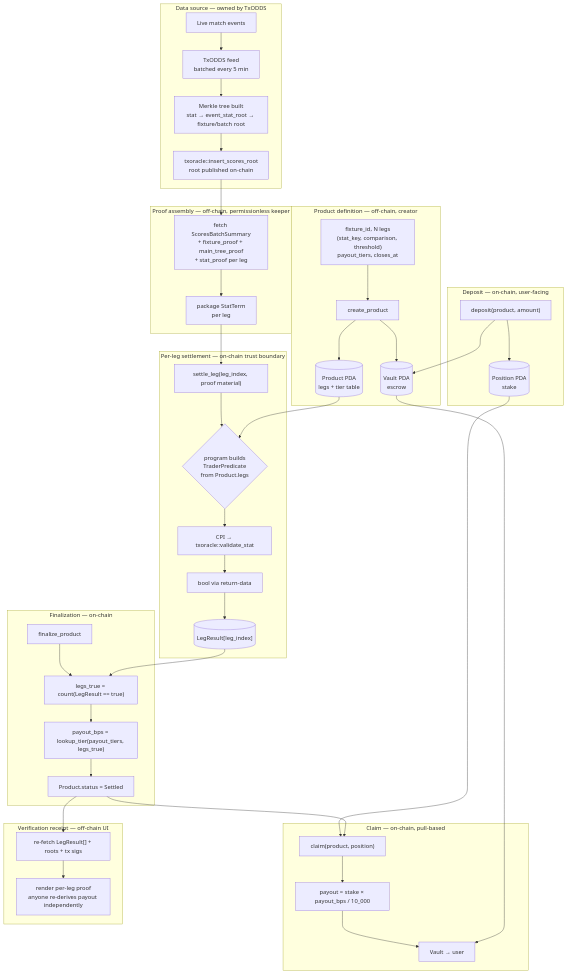
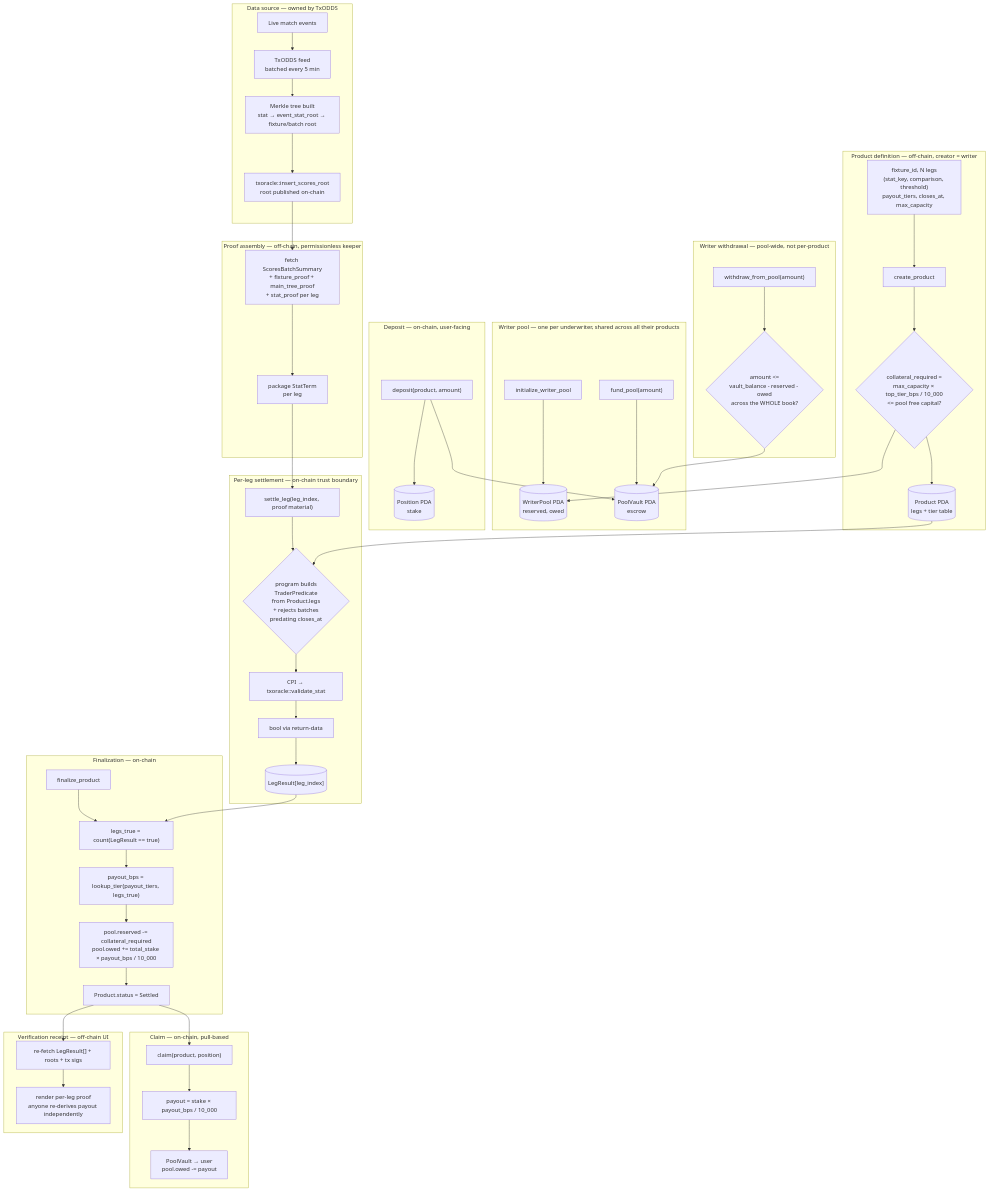
The diagram in design/diagrams/settlement_architecture.md (nagavaishak/Strata), drawn with Mermaid before and after one commit. The commit also changed other lines of this file, not shown here.

First line of the commit message:
docs: update architecture diagram for the shared writer pool model

````diff
--- a/design/diagrams/settlement_architecture.md
+++ b/design/diagrams/settlement_architecture.md
@@ -5,54 +5,64 @@
 ```mermaid
 flowchart TB
     subgraph SRC["Data source — owned by TxODDS"]
         A1["Live match events"] --> A2["TxODDS feed\nbatched every 5 min"]
         A2 --> A3["Merkle tree built\nstat → event_stat_root → fixture/batch root"]
         A3 --> A4["txoracle::insert_scores_root\nroot published on-chain"]
     end
 
-    subgraph DEF["Product definition — off-chain, creator"]
-        B1["fixture_id, N legs\n(stat_key, comparison, threshold)\npayout_tiers, closes_at"] --> B2["create_product"]
-        B2 --> B3[("Product PDA\nlegs + tier table")]
-        B2 --> B4[("Vault PDA\nescrow")]
+    subgraph POOL["Writer pool — one per underwriter, shared across all their products"]
+        P1["initialize_writer_pool"] --> P2[("WriterPool PDA\nreserved, owed")]
+        P3["fund_pool(amount)"] --> P4[("PoolVault PDA\nescrow")]
+    end
+
+    subgraph DEF["Product definition — off-chain, creator = writer"]
+        B1["fixture_id, N legs\n(stat_key, comparison, threshold)\npayout_tiers, closes_at, max_capacity"] --> B2["create_product"]
+        B2 --> B3{"collateral_required =\nmax_capacity × top_tier_bps / 10_000\n<= pool free capital?"}
+        B3 --> B4[("Product PDA\nlegs + tier table")]
+        B3 --> P2
     end
 
     subgraph INTAKE["Deposit — on-chain, user-facing"]
         C1["deposit(product, amount)"] --> C2[("Position PDA\nstake")]
-        C1 --> B4
+        C1 --> P4
     end
 
     subgraph PROOF["Proof assembly — off-chain, permissionless keeper"]
         D1["fetch ScoresBatchSummary\n+ fixture_proof + main_tree_proof\n+ stat_proof per leg"] --> D2["package StatTerm\nper leg"]
     end
 
     subgraph SETTLE["Per-leg settlement — on-chain trust boundary"]
-        E1["settle_leg(leg_index, proof material)"] --> E2{"program builds\nTraderPredicate\nfrom Product.legs"}
+        E1["settle_leg(leg_index, proof material)"] --> E2{"program builds\nTraderPredicate\nfrom Product.legs\n+ rejects batches\npredating closes_at"}
         E2 --> E3["CPI → txoracle::validate_stat"]
         E3 --> E4["bool via return-data"]
         E4 --> E5[("LegResult[leg_index]")]
     end
 
     subgraph FIN["Finalization — on-chain"]
         F1["finalize_product"] --> F2["legs_true = count(LegResult == true)"]
         F2 --> F3["payout_bps = lookup_tier(payout_tiers, legs_true)"]
-        F3 --> F4["Product.status = Settled"]
+        F3 --> F4["pool.reserved -= collateral_required\npool.owed += total_stake × payout_bps / 10_000"]
+        F4 --> F5["Product.status = Settled"]
     end
 
     subgraph CLAIM["Claim — on-chain, pull-based"]
         G1["claim(product, position)"] --> G2["payout = stake × payout_bps / 10_000"]
-        G2 --> G3["Vault → user"]
+        G2 --> G3["PoolVault → user\npool.owed -= payout"]
+    end
+
+    subgraph WITHDRAW["Writer withdrawal — pool-wide, not per-product"]
+        I1["withdraw_from_pool(amount)"] --> I2{"amount <=\nvault_balance - reserved - owed\nacross the WHOLE book?"}
+        I2 --> P4
     end
 
     subgraph RECEIPT["Verification receipt — off-chain UI"]
         H1["re-fetch LegResult[] + roots + tx sigs"] --> H2["render per-leg proof\nanyone re-derives payout independently"]
     end
 
     A4 --> D1
-    B3 --> E2
-    B4 --> G3
-    C2 --> G1
+    B4 --> E2
     D2 --> E1
     E5 --> F2
-    F4 --> G1
-    F4 --> H1
+    F5 --> G1
+    F5 --> H1
 ```
````
